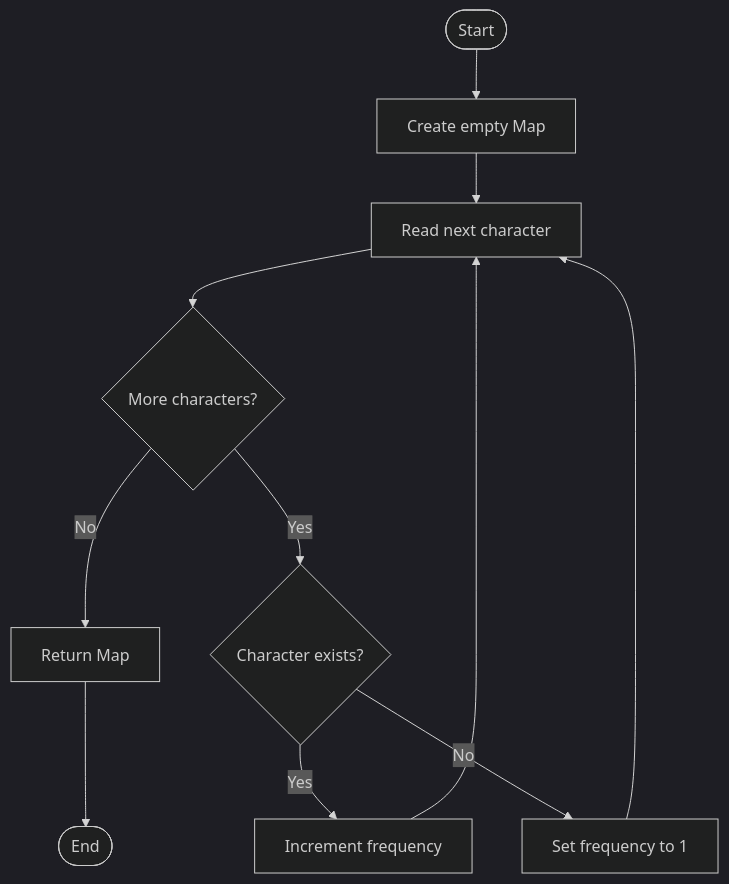
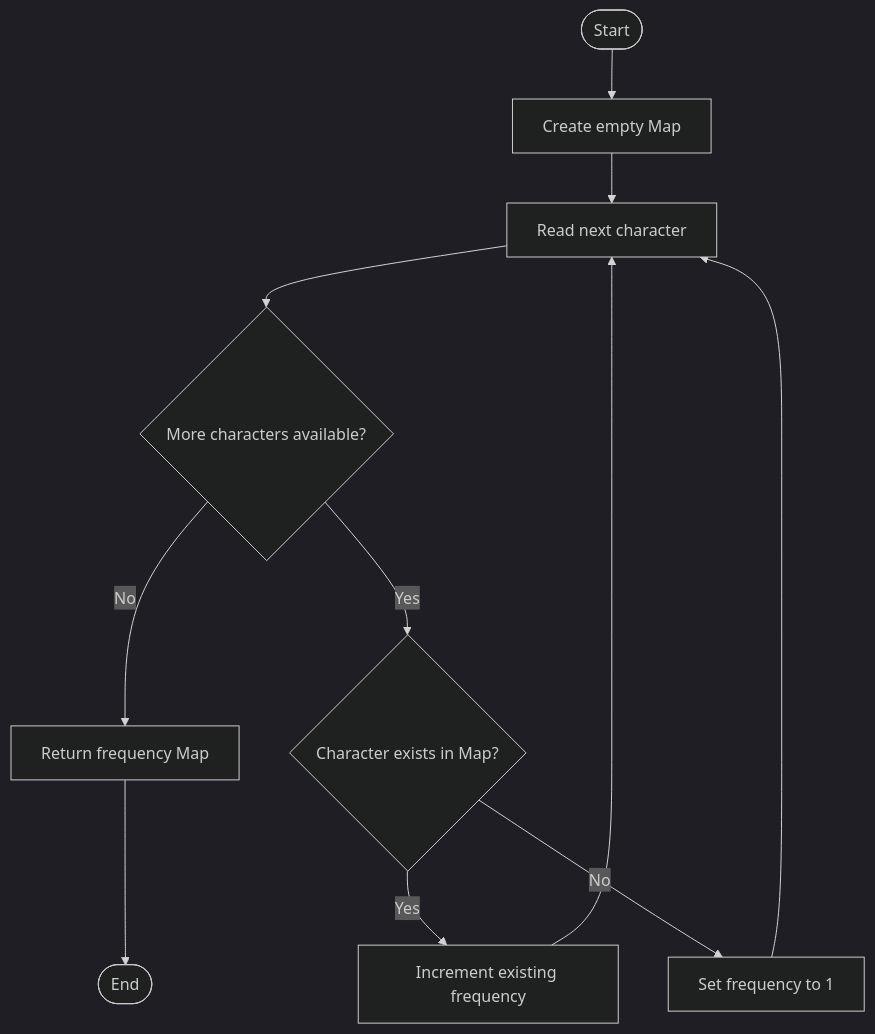
Before and after one commit to accio-hyd/JS2-test-questions: the fifth of 11 diagrams in README.md, drawn with Mermaid (dark theme). The commit also changed other lines of this file, not shown here.

````diff
--- a/README.md
+++ b/README.md
@@ -482,13 +484,13 @@
 ```mermaid
 flowchart TD
-    A([Start]) --> B[Create empty Map]
-    B --> C[Read next character]
-    C --> D{More characters?}
-    D -- No --> H[Return Map]
-    D -- Yes --> E{Character exists?}
-    E -- Yes --> F[Increment frequency]
-    E -- No --> G[Set frequency to 1]
+    A([Start]) --> B["Create empty Map"]
+    B --> C["Read next character"]
+    C --> D{"More characters available?"}
+    D -->|No| H["Return frequency Map"]
+    D -->|Yes| E{"Character exists in Map?"}
+    E -->|Yes| F["Increment existing frequency"]
+    E -->|No| G["Set frequency to 1"]
     F --> C
     G --> C
     H --> I([End])
 ```
````
